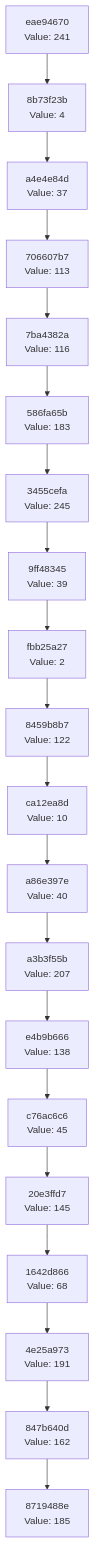
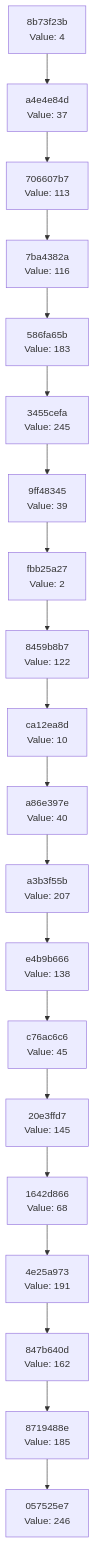
The diagram in docs/CHAIN_VISUALIZATION.md (Abhisheksinha1506/hash-chain-evolver), drawn with Mermaid before and after one commit. The commit also changed 3 other files, not shown here.

````diff
--- a/docs/CHAIN_VISUALIZATION.md
+++ b/docs/CHAIN_VISUALIZATION.md
@@ -3,42 +3,42 @@
 ```mermaid
 graph TD
-    C0["8719488e<br/>Value: 185"]
-    C1["847b640d<br/>Value: 162"]
+    C0["057525e7<br/>Value: 246"]
+    C1["8719488e<br/>Value: 185"]
     C1 --> C0
-    C2["4e25a973<br/>Value: 191"]
+    C2["847b640d<br/>Value: 162"]
     C2 --> C1
-    C3["1642d866<br/>Value: 68"]
+    C3["4e25a973<br/>Value: 191"]
     C3 --> C2
-    C4["20e3ffd7<br/>Value: 145"]
+    C4["1642d866<br/>Value: 68"]
     C4 --> C3
-    C5["c76ac6c6<br/>Value: 45"]
+    C5["20e3ffd7<br/>Value: 145"]
     C5 --> C4
-    C6["e4b9b666<br/>Value: 138"]
+    C6["c76ac6c6<br/>Value: 45"]
     C6 --> C5
-    C7["a3b3f55b<br/>Value: 207"]
+    C7["e4b9b666<br/>Value: 138"]
     C7 --> C6
-    C8["a86e397e<br/>Value: 40"]
+    C8["a3b3f55b<br/>Value: 207"]
     C8 --> C7
-    C9["ca12ea8d<br/>Value: 10"]
+    C9["a86e397e<br/>Value: 40"]
     C9 --> C8
-    C10["8459b8b7<br/>Value: 122"]
+    C10["ca12ea8d<br/>Value: 10"]
     C10 --> C9
-    C11["fbb25a27<br/>Value: 2"]
+    C11["8459b8b7<br/>Value: 122"]
     C11 --> C10
-    C12["9ff48345<br/>Value: 39"]
+    C12["fbb25a27<br/>Value: 2"]
     C12 --> C11
-    C13["3455cefa<br/>Value: 245"]
+    C13["9ff48345<br/>Value: 39"]
     C13 --> C12
-    C14["586fa65b<br/>Value: 183"]
+    C14["3455cefa<br/>Value: 245"]
     C14 --> C13
-    C15["7ba4382a<br/>Value: 116"]
+    C15["586fa65b<br/>Value: 183"]
     C15 --> C14
-    C16["706607b7<br/>Value: 113"]
+    C16["7ba4382a<br/>Value: 116"]
     C16 --> C15
-    C17["a4e4e84d<br/>Value: 37"]
+    C17["706607b7<br/>Value: 113"]
     C17 --> C16
-    C18["8b73f23b<br/>Value: 4"]
+    C18["a4e4e84d<br/>Value: 37"]
     C18 --> C17
-    C19["eae94670<br/>Value: 241"]
+    C19["8b73f23b<br/>Value: 4"]
     C19 --> C18
 ```
````
